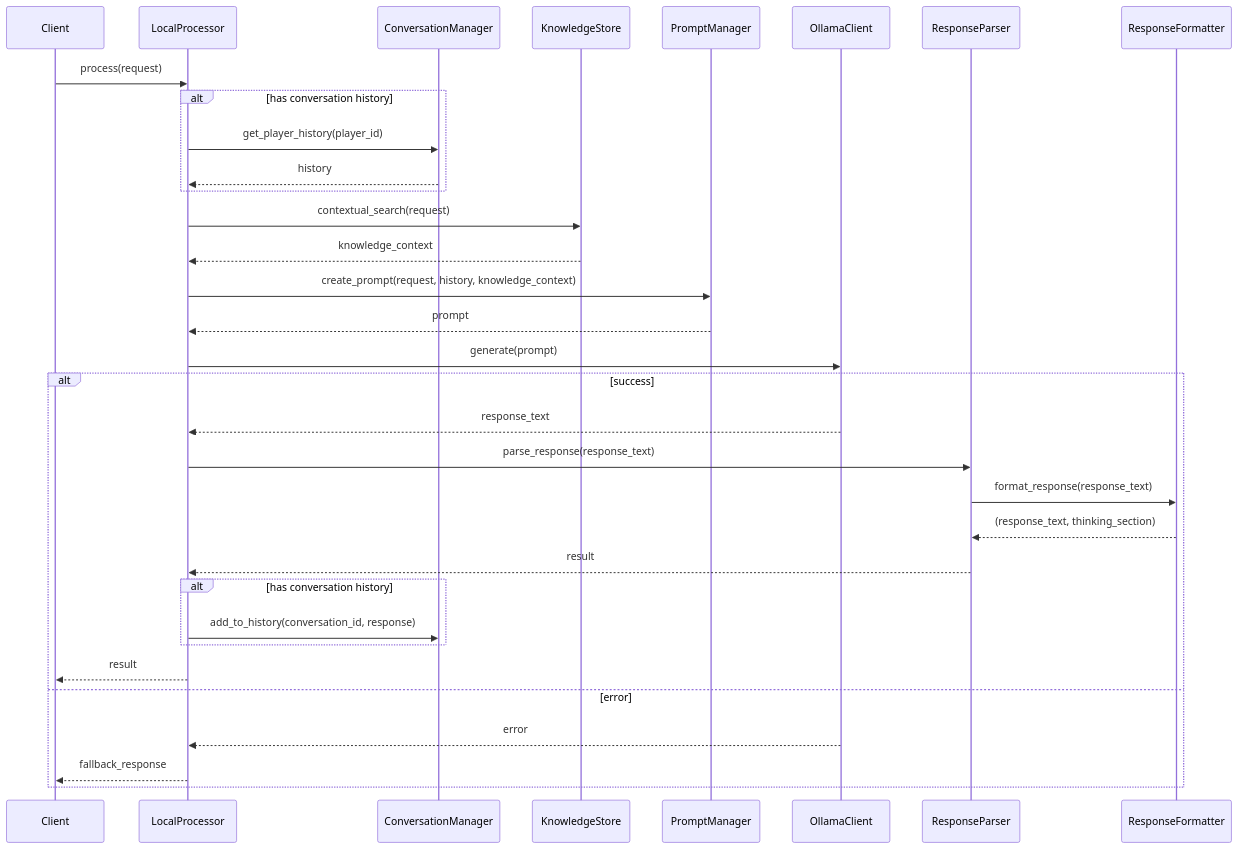
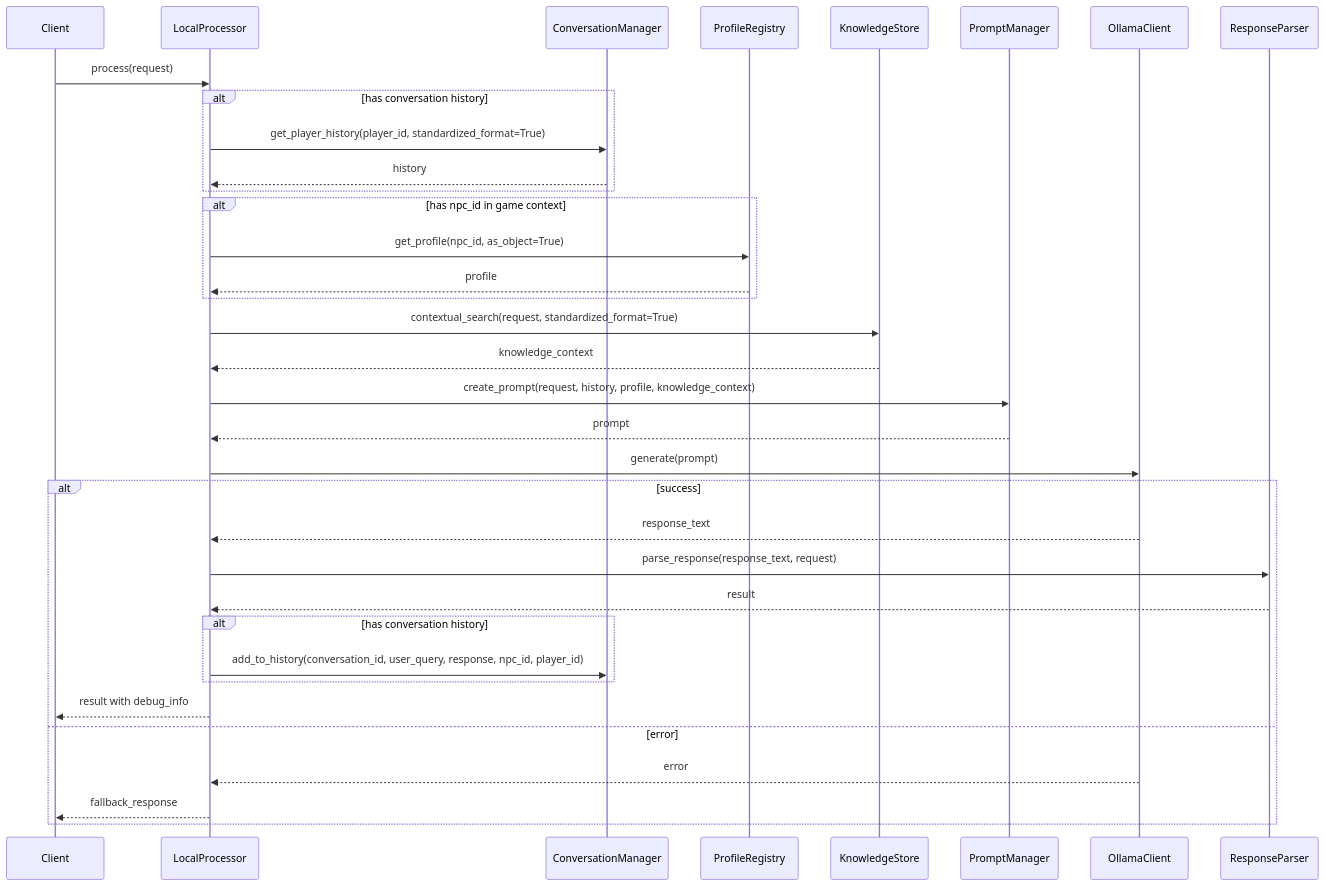
The third of 10 diagrams in docs/request_processing_flow.md (jbisetto/npc-ai), drawn with Mermaid before and after one commit. The commit also changed other lines of this file and 13 other files, not shown here.

````diff
--- a/docs/request_processing_flow.md
+++ b/docs/request_processing_flow.md
@@ -69,32 +74,35 @@
 ```mermaid
 sequenceDiagram
     Client->>LocalProcessor: process(request)
     
     alt has conversation history
-        LocalProcessor->>ConversationManager: get_player_history(player_id)
+        LocalProcessor->>ConversationManager: get_player_history(player_id, standardized_format=True)
         ConversationManager-->>LocalProcessor: history
     end
     
-    LocalProcessor->>KnowledgeStore: contextual_search(request)
+    alt has npc_id in game context
+        LocalProcessor->>ProfileRegistry: get_profile(npc_id, as_object=True)
+        ProfileRegistry-->>LocalProcessor: profile
+    end
+    
+    LocalProcessor->>KnowledgeStore: contextual_search(request, standardized_format=True)
     KnowledgeStore-->>LocalProcessor: knowledge_context
     
-    LocalProcessor->>PromptManager: create_prompt(request, history, knowledge_context)
+    LocalProcessor->>PromptManager: create_prompt(request, history, profile, knowledge_context)
     PromptManager-->>LocalProcessor: prompt
     
     LocalProcessor->>OllamaClient: generate(prompt)
     alt success
         OllamaClient-->>LocalProcessor: response_text
-        LocalProcessor->>ResponseParser: parse_response(response_text)
-        ResponseParser->>ResponseFormatter: format_response(response_text)
-        ResponseFormatter-->>ResponseParser: (response_text, thinking_section)
+        LocalProcessor->>ResponseParser: parse_response(response_text, request)
         ResponseParser-->>LocalProcessor: result
         
         alt has conversation history
-            LocalProcessor->>ConversationManager: add_to_history(conversation_id, response)
+            LocalProcessor->>ConversationManager: add_to_history(conversation_id, user_query, response, npc_id, player_id)
         end
-        LocalProcessor-->>Client: result
+        LocalProcessor-->>Client: result with debug_info
     else error
         OllamaClient-->>LocalProcessor: error
         LocalProcessor-->>Client: fallback_response
     end
 ```
````
